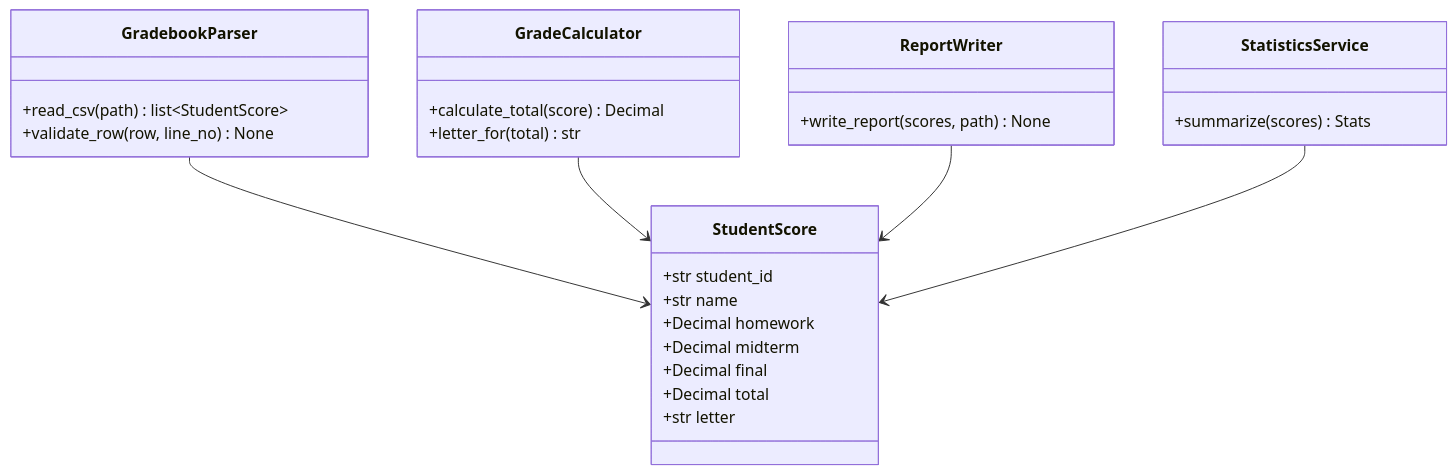
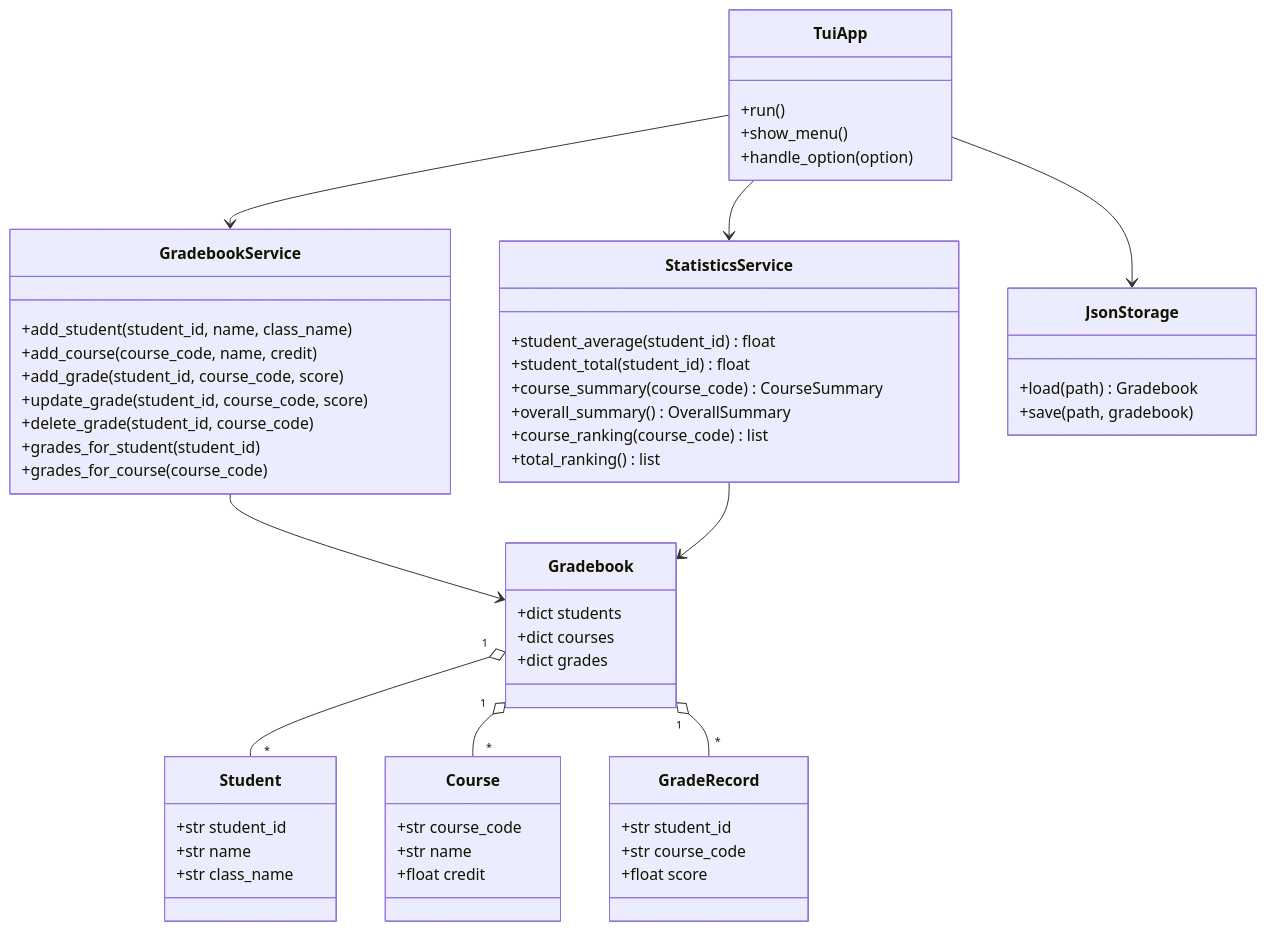
Before and after one commit to JerryChen-USTB/CodeAgent: the third of 8 diagrams in benchmark/selfbuilt/cases/03_student_gradebook/input/design_model.md, drawn with Mermaid. The commit also changed other lines of this file and 67 other files, not shown here.

````diff
--- a/benchmark/selfbuilt/cases/03_student_gradebook/input/design_model.md
+++ b/benchmark/selfbuilt/cases/03_student_gradebook/input/design_model.md
@@ -5,35 +218,65 @@
 ```mermaid
 classDiagram
-    class StudentScore {
+    class Student {
       +str student_id
       +str name
-      +Decimal homework
-      +Decimal midterm
-      +Decimal final
-      +Decimal total
-      +str letter
+      +str class_name
     }
 
-    class GradebookParser {
-      +read_csv(path) list~StudentScore~
-      +validate_row(row, line_no) None
+    class Course {
+      +str course_code
+      +str name
+      +float credit
     }
 
-    class GradeCalculator {
-      +calculate_total(score) Decimal
-      +letter_for(total) str
+    class GradeRecord {
+      +str student_id
+      +str course_code
+      +float score
     }
 
-    class ReportWriter {
-      +write_report(scores, path) None
+    class Gradebook {
+      +dict students
+      +dict courses
+      +dict grades
+    }
+
+    class GradebookService {
+      +add_student(student_id, name, class_name)
+      +add_course(course_code, name, credit)
+      +add_grade(student_id, course_code, score)
+      +update_grade(student_id, course_code, score)
+      +delete_grade(student_id, course_code)
+      +grades_for_student(student_id)
+      +grades_for_course(course_code)
     }
 
     class StatisticsService {
-      +summarize(scores) Stats
+      +student_average(student_id) float
+      +student_total(student_id) float
+      +course_summary(course_code) CourseSummary
+      +overall_summary() OverallSummary
+      +course_ranking(course_code) list
+      +total_ranking() list
     }
 
-    GradebookParser --> StudentScore
-    GradeCalculator --> StudentScore
-    ReportWriter --> StudentScore
-    StatisticsService --> StudentScore
+    class JsonStorage {
+      +load(path) Gradebook
+      +save(path, gradebook)
+    }
+
+    class TuiApp {
+      +run()
+      +show_menu()
+      +handle_option(option)
+    }
+
+    Gradebook "1" o-- "*" Student
+    Gradebook "1" o-- "*" Course
+    Gradebook "1" o-- "*" GradeRecord
+    GradebookService --> Gradebook
+    StatisticsService --> Gradebook
+    TuiApp --> GradebookService
+    TuiApp --> StatisticsService
+    TuiApp --> JsonStorage
 ```
````
